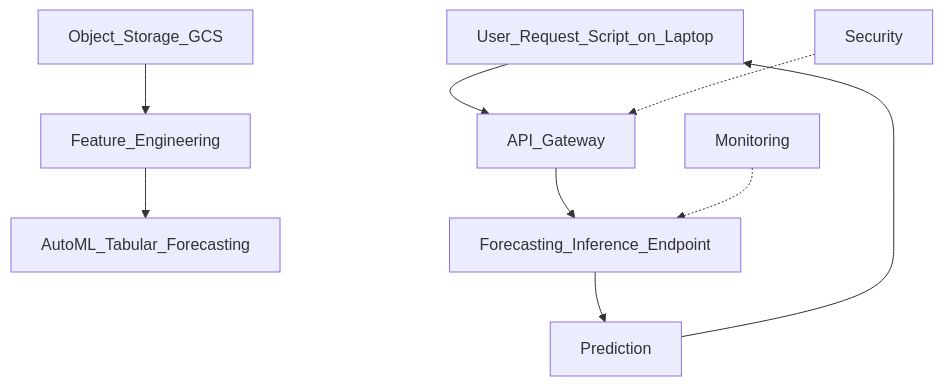
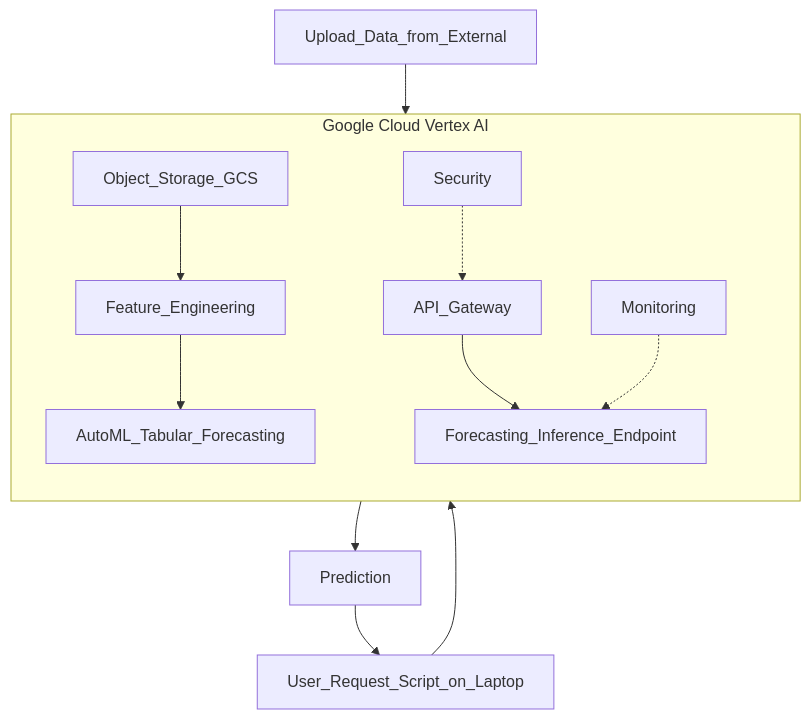
One commit to huyvu203/Week5_Ml changed the diagram in README.md. Above: the diagram before and after it, drawn with Mermaid.

Commit message:
updated graph in readme

````diff
--- a/README.md
+++ b/README.md
@@ -48,16 +48,20 @@
 ```mermaid
 graph TD
-  %% Training Phase
-  DS1[Object_Storage_GCS] --> FE[Feature_Engineering]
-  FE --> ForecastAutoML[AutoML_Tabular_Forecasting]
+  Upload[Upload_Data_from_External] --> DS1
+  U[User_Request_Script_on_Laptop] --> LB
 
-  %% User Prediction Phase
-  U[User_Request_Script_on_Laptop] --> LB[API_Gateway]
-  LB --> ForecastInfer[Forecasting_Inference_Endpoint]
+  subgraph "Google Cloud Vertex AI"
+    direction TB
+    DS1[Object_Storage_GCS] --> FE[Feature_Engineering]
+    FE --> ForecastAutoML[AutoML_Tabular_Forecasting]
+
+    LB[API_Gateway] --> ForecastInfer[Forecasting_Inference_Endpoint]
+
+    %% Platform Services (inside cloud)
+    Observ[Monitoring] -.-> ForecastInfer
+    Sec[Security] -.-> LB
+  end
+
   ForecastInfer --> Result[Prediction]
   Result --> U
-
-  %% Platform Services
-  Observ[Monitoring] -.-> ForecastInfer
-  Sec[Security] -.-> LB
 ```
````
